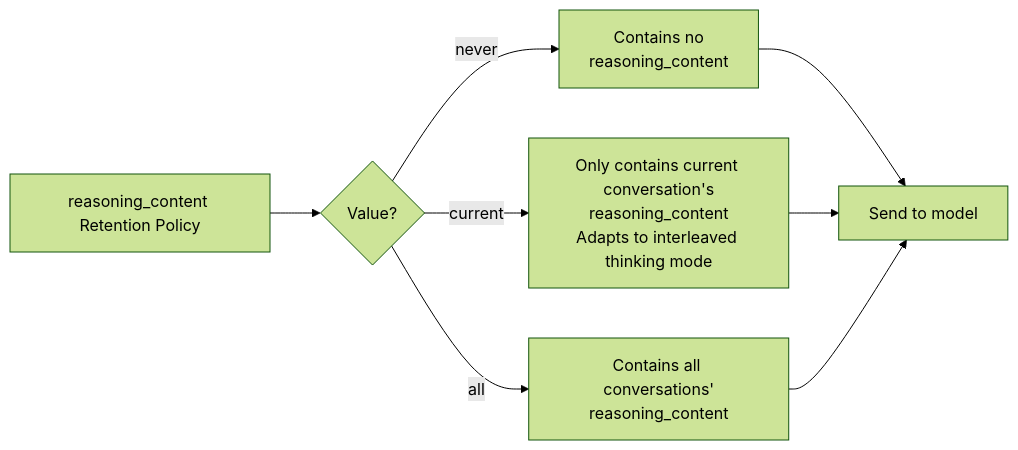
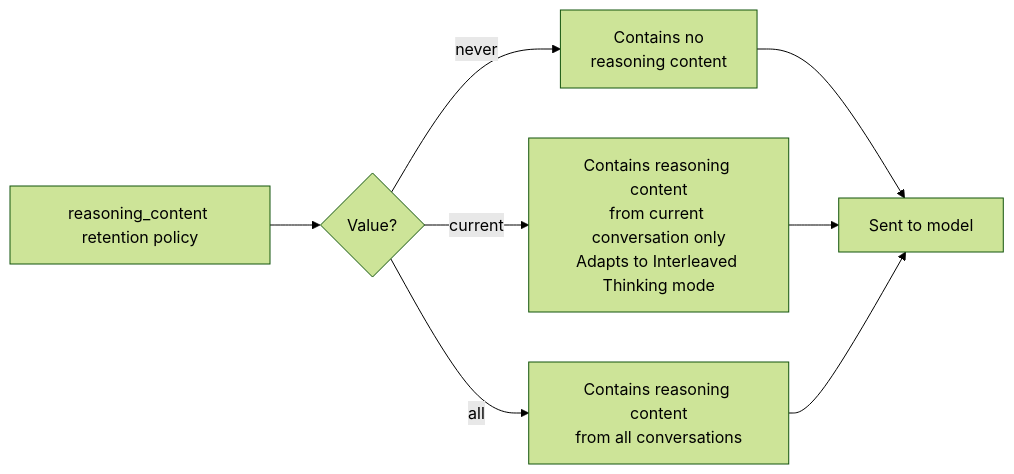
One commit to TBice123123/langchain-dev-utils changed the diagram in docs/en/adavance-guide/openai-compatible/chat.md. Above: the diagram before and after it, drawn with Mermaid (forest theme). The commit also changed other lines of this file and 48 other files, not shown here.

````diff
--- a/docs/en/adavance-guide/openai-compatible/chat.md
+++ b/docs/en/adavance-guide/openai-compatible/chat.md
@@ -355,10 +391,10 @@
     ```mermaid
     graph LR
-        A[reasoning_content Retention Policy] --> B{Value?};
-        B -->|never| C[Contains no<br>reasoning_content];
-        B -->|current| D[Only contains current conversation's<br>reasoning_content<br>Adapts to interleaved thinking mode];
-        B -->|all| E[Contains all conversations'<br>reasoning_content];
-        C --> F[Send to model];
+        A[reasoning_content retention policy] --> B{Value?};
+        B -->|never| C[Contains no<br>reasoning content];
+        B -->|current| D[Contains reasoning content<br>from current conversation only<br>Adapts to Interleaved Thinking mode];
+        B -->|all| E[Contains reasoning content<br>from all conversations];
+        C --> F[Sent to model];
         D --> F;
         E --> F;
     ```
````
